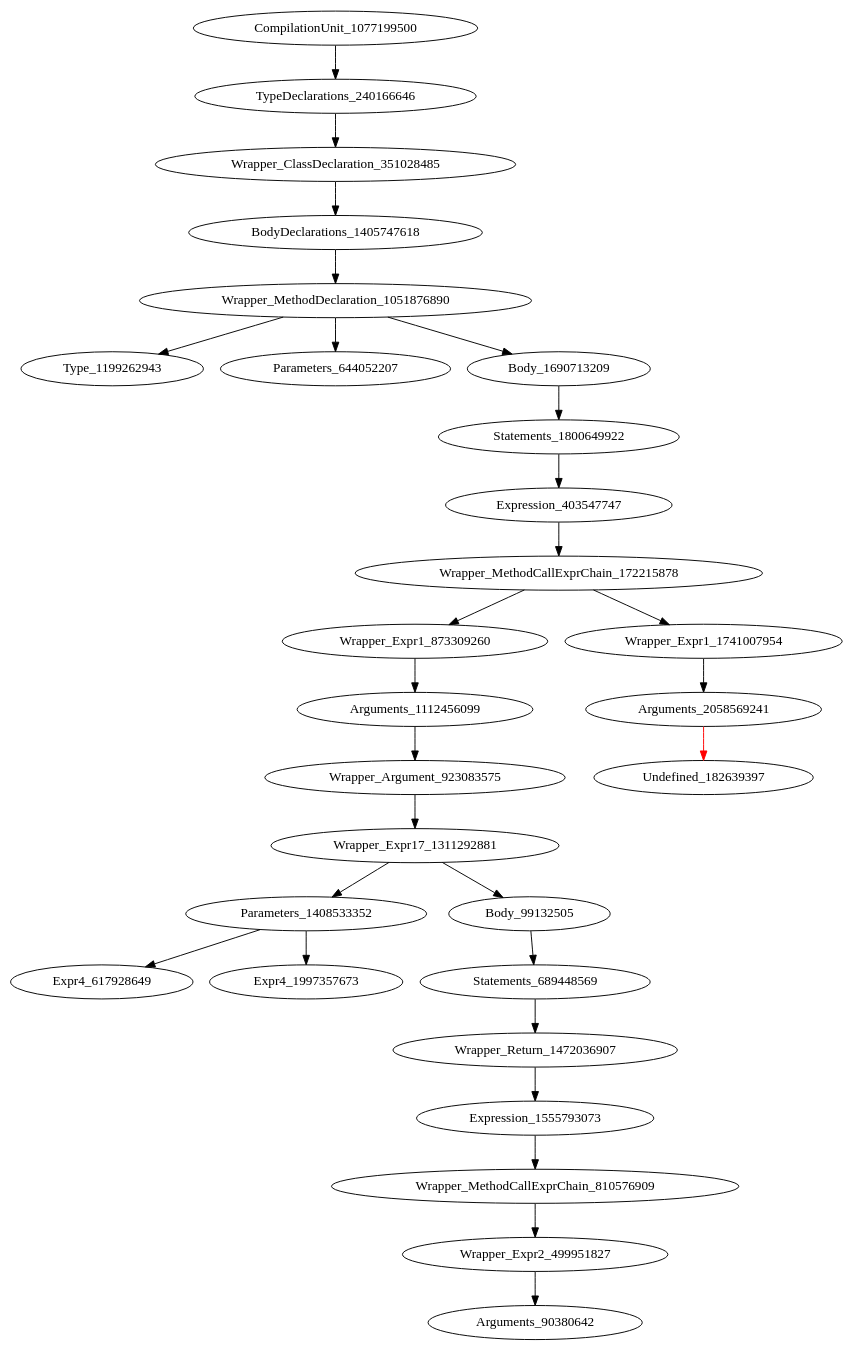
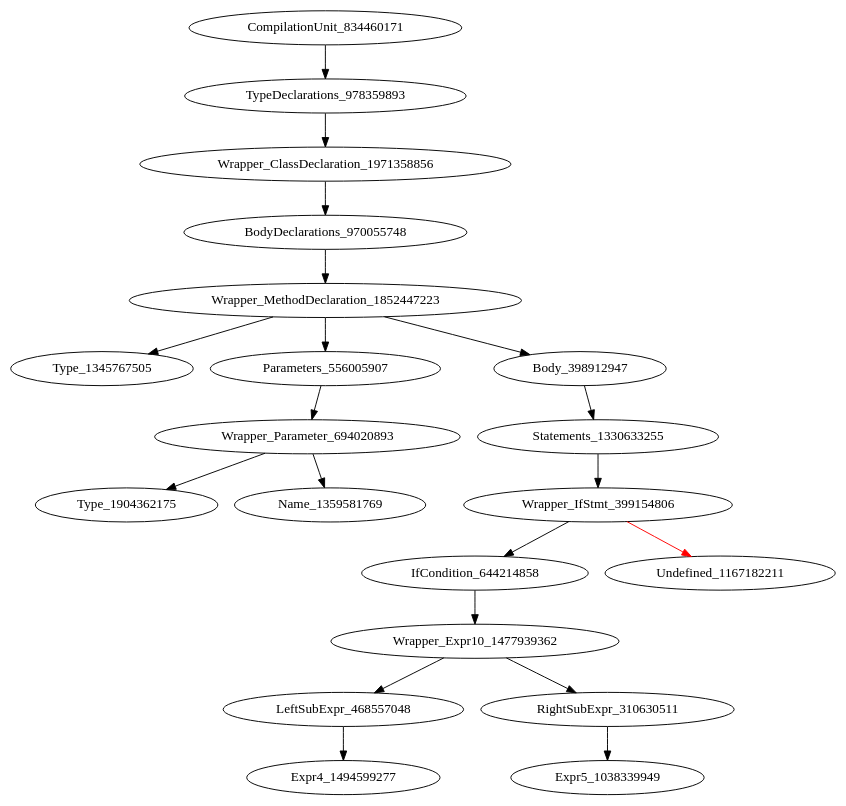
Before and after one commit to icse2023material/VoiceJava: the diagram in holeAST.dot, drawn with Graphviz. The commit also changed 19 other files, not shown here.

```diff
--- a/holeAST.dot
+++ b/holeAST.dot
@@ -1,29 +1,21 @@
 digraph {
-CompilationUnit_1077199500 -> TypeDeclarations_240166646
-TypeDeclarations_240166646 -> Wrapper_ClassDeclaration_351028485
-Wrapper_ClassDeclaration_351028485 -> BodyDeclarations_1405747618
-BodyDeclarations_1405747618 -> Wrapper_MethodDeclaration_1051876890
-Wrapper_MethodDeclaration_1051876890 -> Type_1199262943
-Wrapper_MethodDeclaration_1051876890 -> Parameters_644052207
-Wrapper_MethodDeclaration_1051876890 -> Body_1690713209
-Body_1690713209 -> Statements_1800649922
-Statements_1800649922 -> Expression_403547747
-Expression_403547747 -> Wrapper_MethodCallExprChain_172215878
-Wrapper_MethodCallExprChain_172215878 -> Wrapper_Expr1_873309260
-Wrapper_MethodCallExprChain_172215878 -> Wrapper_Expr1_1741007954
-Wrapper_Expr1_873309260 -> Arguments_1112456099
-Wrapper_Expr1_1741007954 -> Arguments_2058569241
-Arguments_1112456099 -> Wrapper_Argument_923083575
-Arguments_2058569241 -> Undefined_182639397 [color = red] 
-Wrapper_Argument_923083575 -> Wrapper_Expr17_1311292881
-Wrapper_Expr17_1311292881 -> Parameters_1408533352
-Wrapper_Expr17_1311292881 -> Body_99132505
-Parameters_1408533352 -> Expr4_617928649
-Parameters_1408533352 -> Expr4_1997357673
-Body_99132505 -> Statements_689448569
-Statements_689448569 -> Wrapper_Return_1472036907
-Wrapper_Return_1472036907 -> Expression_1555793073
-Expression_1555793073 -> Wrapper_MethodCallExprChain_810576909
-Wrapper_MethodCallExprChain_810576909 -> Wrapper_Expr2_499951827
-Wrapper_Expr2_499951827 -> Arguments_90380642
+CompilationUnit_834460171 -> TypeDeclarations_978359893
+TypeDeclarations_978359893 -> Wrapper_ClassDeclaration_1971358856
+Wrapper_ClassDeclaration_1971358856 -> BodyDeclarations_970055748
+BodyDeclarations_970055748 -> Wrapper_MethodDeclaration_1852447223
+Wrapper_MethodDeclaration_1852447223 -> Type_1345767505
+Wrapper_MethodDeclaration_1852447223 -> Parameters_556005907
+Wrapper_MethodDeclaration_1852447223 -> Body_398912947
+Parameters_556005907 -> Wrapper_Parameter_694020893
+Body_398912947 -> Statements_1330633255
+Wrapper_Parameter_694020893 -> Type_1904362175
+Wrapper_Parameter_694020893 -> Name_1359581769
+Statements_1330633255 -> Wrapper_IfStmt_399154806
+Wrapper_IfStmt_399154806 -> IfCondition_644214858
+Wrapper_IfStmt_399154806 -> Undefined_1167182211 [color = red] 
+IfCondition_644214858 -> Wrapper_Expr10_1477939362
+Wrapper_Expr10_1477939362 -> LeftSubExpr_468557048
+Wrapper_Expr10_1477939362 -> RightSubExpr_310630511
+LeftSubExpr_468557048 -> Expr4_1494599277
+RightSubExpr_310630511 -> Expr5_1038339949
 }
```
